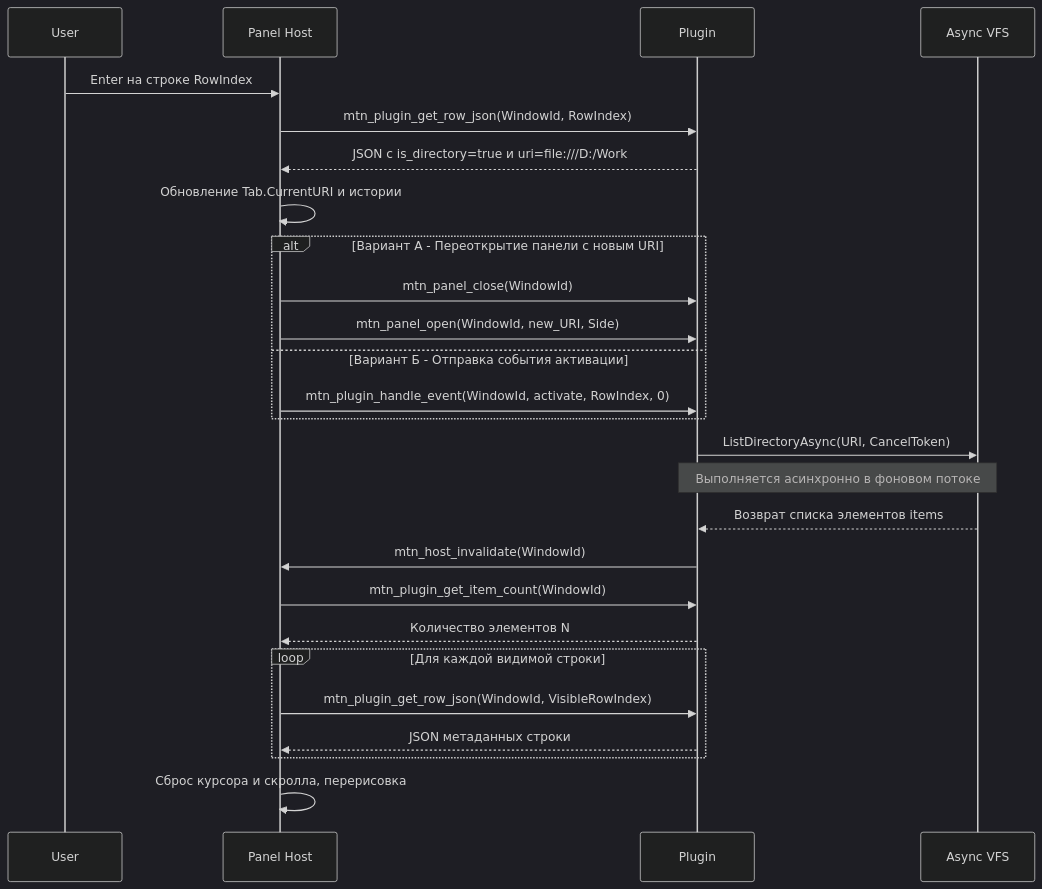
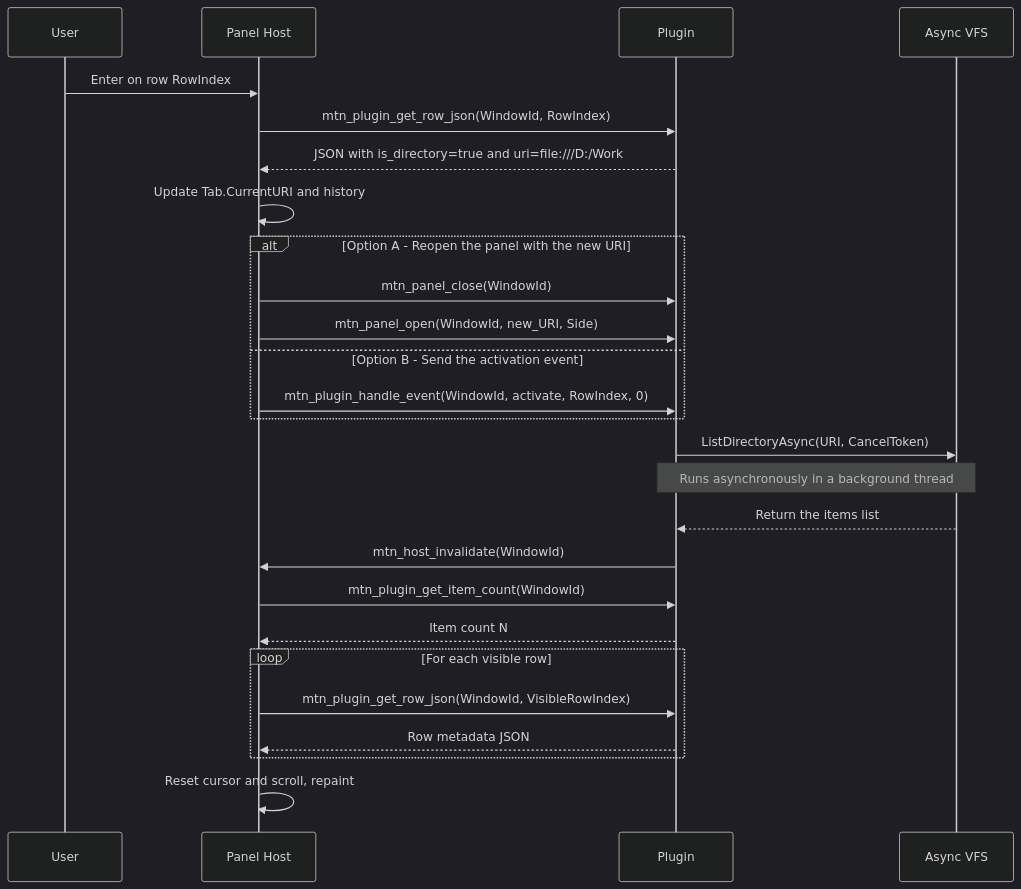
The second of 2 diagrams in docs/PANEL_PLUGIN.md (Laex/MTN2), drawn with Mermaid (dark theme) before and after one commit. The commit also changed other lines of this file and 120 other files, not shown here.

````diff
--- a/docs/PANEL_PLUGIN.md
+++ b/docs/PANEL_PLUGIN.md
@@ -188,34 +190,34 @@
 ```mermaid
 sequenceDiagram
     participant User
     participant Host as Panel Host
     participant Plug as Plugin
     participant VFS as Async VFS
 
-    User->>Host: Enter на строке RowIndex
+    User->>Host: Enter on row RowIndex
     Host->>Plug: mtn_plugin_get_row_json(WindowId, RowIndex)
-    Plug-->>Host: JSON с is_directory=true и uri=file:///D:/Work
-    Host->>Host: Обновление Tab.CurrentURI и истории
+    Plug-->>Host: JSON with is_directory=true and uri=file:///D:/Work
+    Host->>Host: Update Tab.CurrentURI and history
     
-    alt Вариант А - Переоткрытие панели с новым URI
+    alt Option A - Reopen the panel with the new URI
         Host->>Plug: mtn_panel_close(WindowId)
         Host->>Plug: mtn_panel_open(WindowId, new_URI, Side)
-    else Вариант Б - Отправка события активации
+    else Option B - Send the activation event
         Host->>Plug: mtn_plugin_handle_event(WindowId, activate, RowIndex, 0)
     end
 
     Plug->>VFS: ListDirectoryAsync(URI, CancelToken)
-    Note over Plug, VFS: Выполняется асинхронно в фоновом потоке
-    VFS-->>Plug: Возврат списка элементов items
+    Note over Plug, VFS: Runs asynchronously in a background thread
+    VFS-->>Plug: Return the items list
     Plug->>Host: mtn_host_invalidate(WindowId)
     
     Host->>Plug: mtn_plugin_get_item_count(WindowId)
-    Plug-->>Host: Количество элементов N
+    Plug-->>Host: Item count N
     
-    loop Для каждой видимой строки
+    loop For each visible row
         Host->>Plug: mtn_plugin_get_row_json(WindowId, VisibleRowIndex)
-        Plug-->>Host: JSON метаданных строки
+        Plug-->>Host: Row metadata JSON
     end
     
-    Host->>Host: Сброс курсора и скролла, перерисовка
+    Host->>Host: Reset cursor and scroll, repaint
 ```
````
